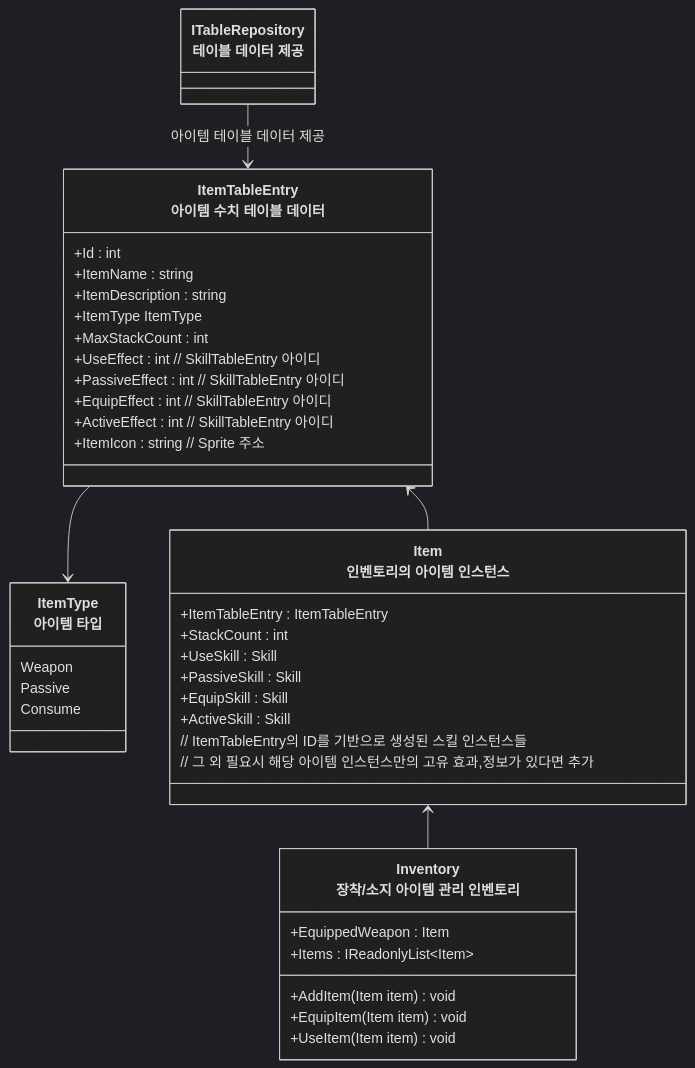
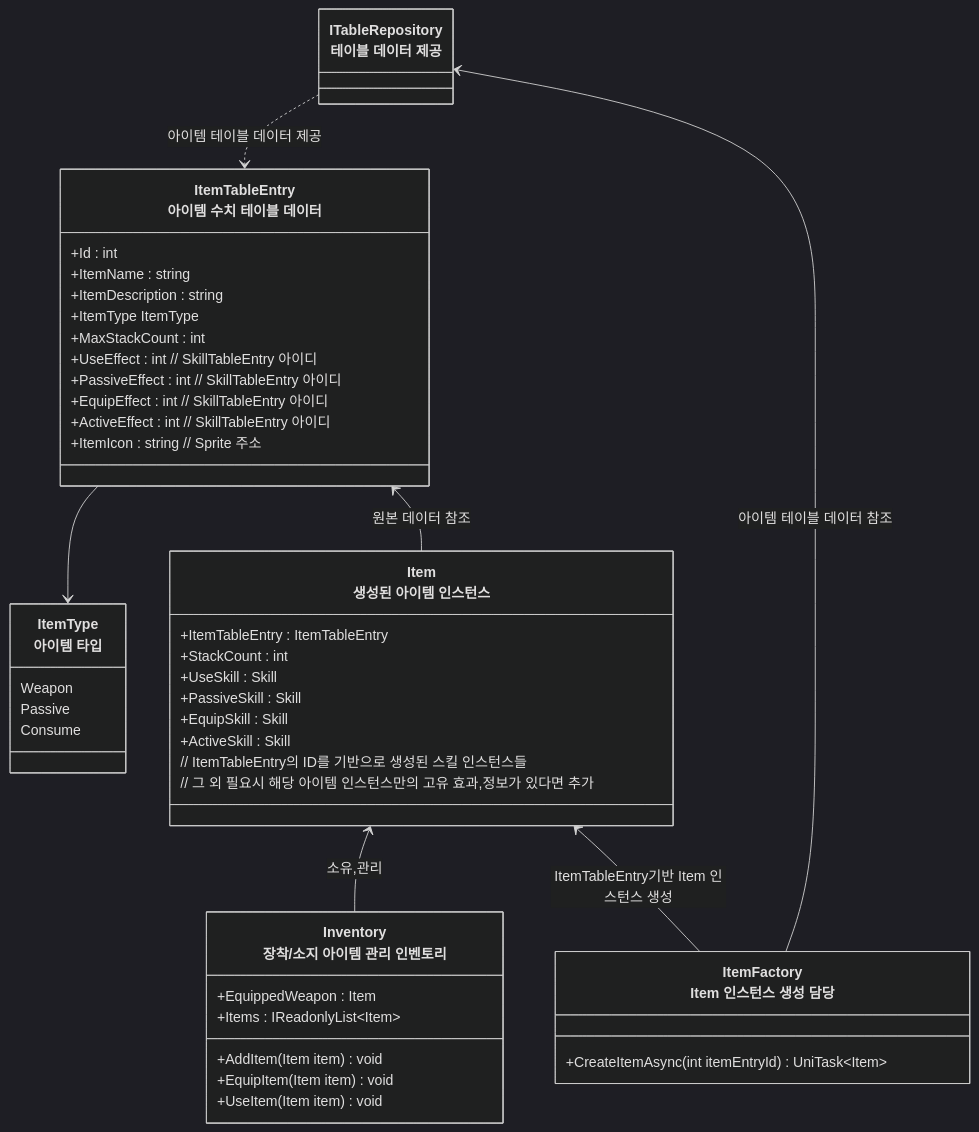
Before and after one commit to JIN5EOK/DungeonShooter: the first of 2 diagrams in README/아이템,인벤토리_설계.md, drawn with Mermaid (dark theme). The commit also changed other lines of this file and 1 other file, not shown here.

Commit message:
docs: 문서 업데이트

````diff
--- a/README/아이템,인벤토리_설계.md
+++ b/README/아이템,인벤토리_설계.md
@@ -27,45 +27,52 @@
 ```mermaid
 classDiagram
 	class ItemType["ItemType<br>아이템 타입"]{
 		Weapon
 		Passive
 		Consume
 	}
     class ItemTableEntry["ItemTableEntry<br>아이템 수치 테이블 데이터"]{
 	    +Id : int
 	    +ItemName : string
         +ItemDescription : string
 	    +ItemType ItemType
 	    +MaxStackCount : int
 	    +UseEffect : int // SkillTableEntry 아이디
 	    +PassiveEffect : int // SkillTableEntry 아이디
 	    +EquipEffect : int // SkillTableEntry 아이디
         +ActiveEffect : int // SkillTableEntry 아이디
 	    +ItemIcon : string // Sprite 주소
     }
     
-	class Item["Item<br>인벤토리의 아이템 인스턴스"]{
+	class Item["Item<br>생성된 아이템 인스턴스"]{
         +ItemTableEntry : ItemTableEntry
         +StackCount : int
         +UseSkill : Skill
         +PassiveSkill : Skill
         +EquipSkill : Skill
         +ActiveSkill : Skill
         // ItemTableEntry의 ID를 기반으로 생성된 스킬 인스턴스들
         // 그 외 필요시 해당 아이템 인스턴스만의 고유 효과,정보가 있다면 추가
     }
 
     class Inventory["Inventory<br>장착/소지 아이템 관리 인벤토리"]{
         +EquippedWeapon : Item
         +Items : IReadonlyList~Item~
         +AddItem(Item item) void
         +EquipItem(Item item) void
         +UseItem(Item item) void
     }
 	
+	class ItemFactory["ItemFactory<br>Item 인스턴스 생성 담당"]{
+        +CreateItemAsync(int itemEntryId) UniTask~Item~
+    }
+	
+
 	class ITableRepository["ITableRepository<br>테이블 데이터 제공"]
-	ITableRepository --> ItemTableEntry : 아이템 테이블 데이터 제공    
+	ITableRepository ..> ItemTableEntry : 아이템 테이블 데이터 제공    
     ItemTableEntry --> ItemType
-    ItemTableEntry <-- Item
-    Item <-- Inventory
+    ItemTableEntry <-- Item : 원본 데이터 참조
+    Item <-- Inventory : 소유,관리
+    Item <-- ItemFactory : ItemTableEntry기반 Item 인스턴스 생성
+    ITableRepository <-- ItemFactory : 아이템 테이블 데이터 참조
 ```
````
